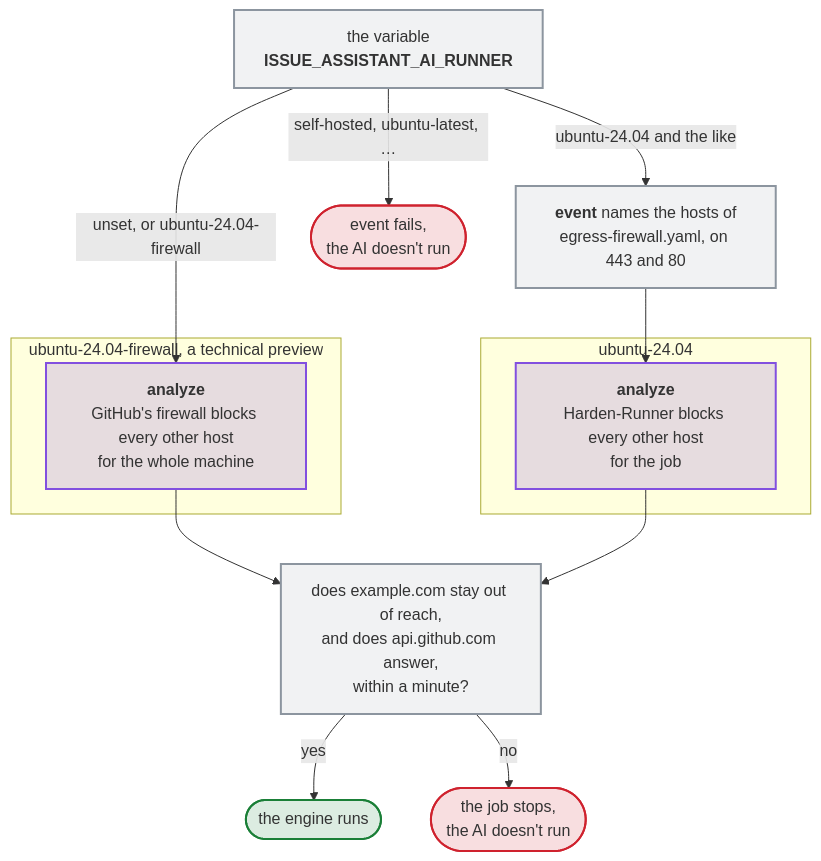
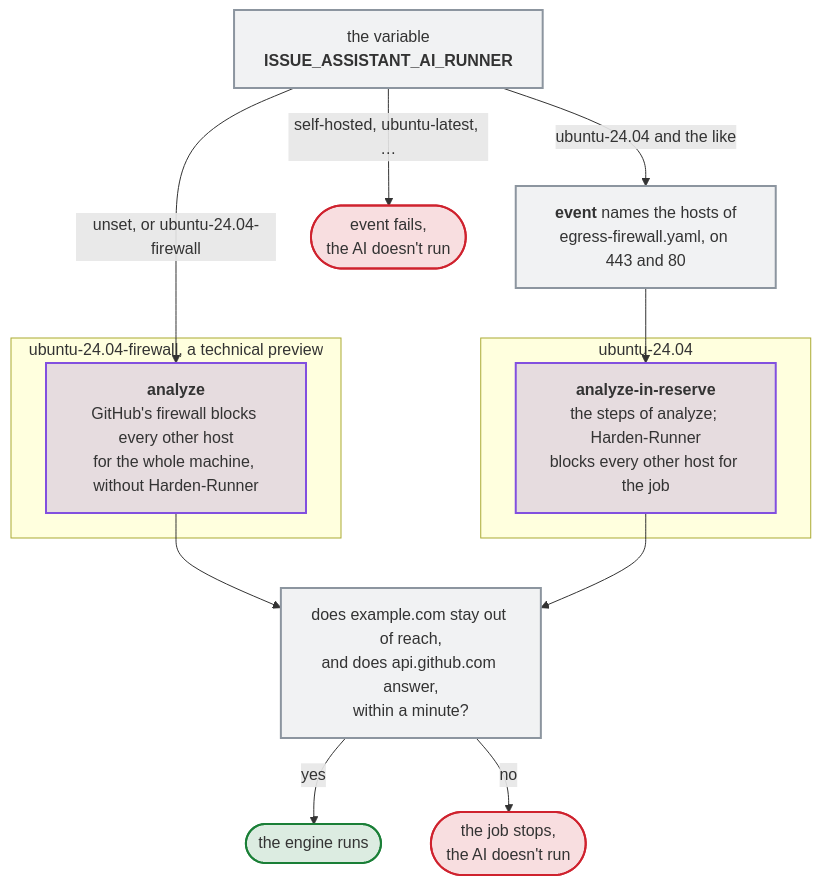
Before and after one commit to Dennis-Otto/issue-assistant: the diagram in docs/diagrams/which-runner-the-ai-runs-on.mmd, drawn with Mermaid. The commit also changed 31 other files, not shown here.

First line of the commit message:
fix(ci): Harden-Runner stays off the firewall runner (#319)

```diff
--- a/docs/diagrams/which-runner-the-ai-runs-on.mmd
+++ b/docs/diagrams/which-runner-the-ai-runs-on.mmd
@@ -1,29 +1,29 @@
 flowchart TB
   accTitle: Which runner the AI runs on
-  accDescr: The job event reads the repository variable ISSUE_ASSISTANT_AI_RUNNER. Unset, or ubuntu-24.04-firewall, the job analyze runs on GitHub's egress-firewall runner, whose firewall blocks every host but those of .github/egress-firewall.yaml for the whole machine. For one of GitHub's runners of Ubuntu with a fixed version, such as ubuntu-24.04, the job event names the hosts of the same file with their ports; there Harden-Runner blocks every other host as the first step of analyze. On either runner, a step makes sure that the block holds before the engine runs: requests to example.com, a host of no policy, must fail and one to api.github.com must get an answer, within a minute, or the job stops. For any other runner, such as a self-hosted one or ubuntu-latest, the job event fails and the AI doesn't run.
+  accDescr: The job event reads the repository variable ISSUE_ASSISTANT_AI_RUNNER. Unset, or ubuntu-24.04-firewall, the job analyze runs on GitHub's egress-firewall runner, whose firewall blocks every host but those of .github/egress-firewall.yaml for the whole machine, without a step of Harden-Runner. For one of GitHub's runners of Ubuntu with a fixed version, such as ubuntu-24.04, the job event names the hosts of the same file with their ports; there the job analyze-in-reserve runs the same steps in place of analyze, and Harden-Runner blocks every other host as its first step. On either runner, a step makes sure that the block holds before the engine runs: requests to example.com, a host of no policy, must fail and one to api.github.com must get an answer, within a minute, or the job stops. For any other runner, such as a self-hosted one or ubuntu-latest, the job event fails and the AI doesn't run.
   variable["`the variable<br>**ISSUE_ASSISTANT_AI_RUNNER**`"]
   variable -->|"unset, or ubuntu-24.04-firewall"| firewall
   variable -->|"ubuntu-24.04 and the like"| endpoints
   variable -->|"self-hosted, ubuntu-latest, …"| refused
   subgraph preview ["ubuntu-24.04-firewall, a technical preview"]
-    firewall["`**analyze**<br>GitHub's firewall blocks every other host<br>for the whole machine`"]
+    firewall["`**analyze**<br>GitHub's firewall blocks every other host<br>for the whole machine, without Harden-Runner`"]
   end
   endpoints["`**event** names the hosts of<br>egress-firewall.yaml, on 443 and 80`"]
   subgraph plain ["ubuntu-24.04"]
-    hardened["`**analyze**<br>Harden-Runner blocks every other host<br>for the job`"]
+    hardened["`**analyze-in-reserve**<br>the steps of analyze; Harden-Runner<br>blocks every other host for the job`"]
   end
   endpoints --> hardened
   holds["`does example.com stay out of reach,<br>and does api.github.com answer,<br>within a minute?`"]
   firewall --> holds
   hardened --> holds
   holds -->|yes| engine(["the engine runs"])
   holds -->|no| stop(["the job stops,<br>the AI doesn't run"])
   refused(["event fails,<br>the AI doesn't run"])
   classDef ai fill:#8250df33,stroke:#8250df,stroke-width:2px
   classDef job fill:#8c959f1f,stroke:#8c959f,stroke-width:2px
   classDef safe fill:#1a7f3726,stroke:#1a7f37,stroke-width:2px
   classDef untrusted fill:#cf222e26,stroke:#cf222e,stroke-width:2px
   class firewall,hardened ai
   class variable,endpoints,holds job
   class engine safe
   class stop,refused untrusted
```
